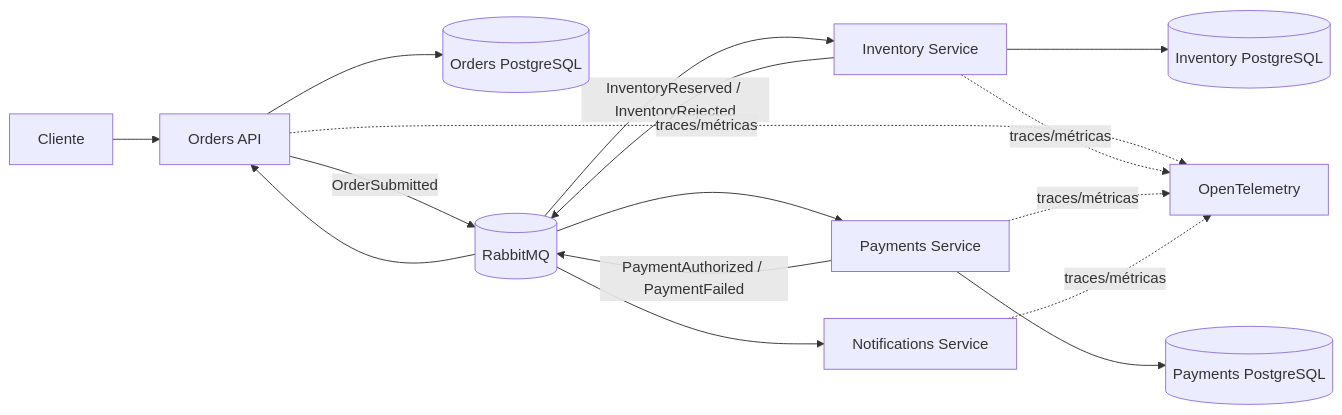
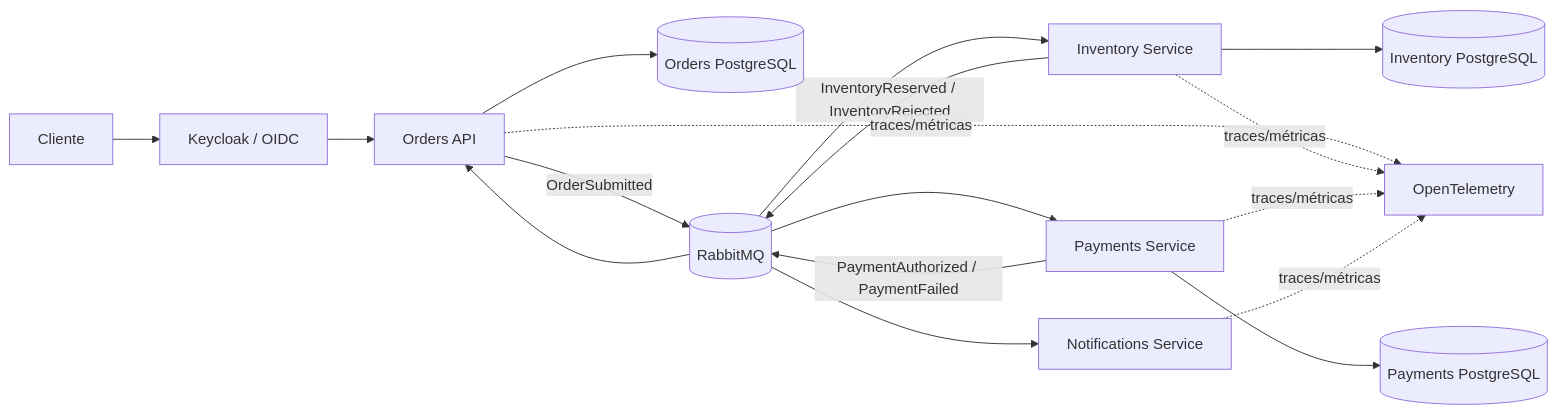
Before and after one commit to WillianZanutoOliveira/api-dotnet: the diagram in README.md, drawn with Mermaid. The commit also changed other lines of this file and 5 other files, not shown here.

````diff
--- a/README.md
+++ b/README.md
@@ -61,23 +65,24 @@
 ```mermaid
 flowchart LR
-    Client[Cliente] --> Orders[Orders API]
+    Client[Cliente] --> Keycloak[Keycloak / OIDC]
+    Keycloak --> Orders[Orders API]
 
     Orders --> ODB[(Orders PostgreSQL)]
     Orders -- OrderSubmitted --> Rabbit[(RabbitMQ)]
 
     Rabbit --> Inventory[Inventory Service]
     Inventory --> IDB[(Inventory PostgreSQL)]
     Inventory -- InventoryReserved / InventoryRejected --> Rabbit
 
     Rabbit --> Payments[Payments Service]
     Payments --> PDB[(Payments PostgreSQL)]
     Payments -- PaymentAuthorized / PaymentFailed --> Rabbit
 
     Rabbit --> Orders
     Rabbit --> Notifications[Notifications Service]
 
     Orders -. traces/métricas .-> OTel[OpenTelemetry]
     Inventory -. traces/métricas .-> OTel
     Payments -. traces/métricas .-> OTel
     Notifications -. traces/métricas .-> OTel
 ```
````
